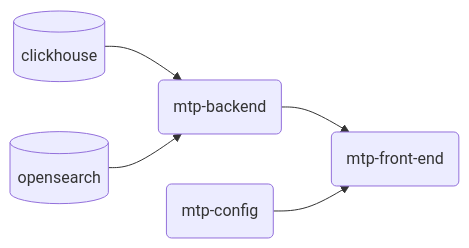
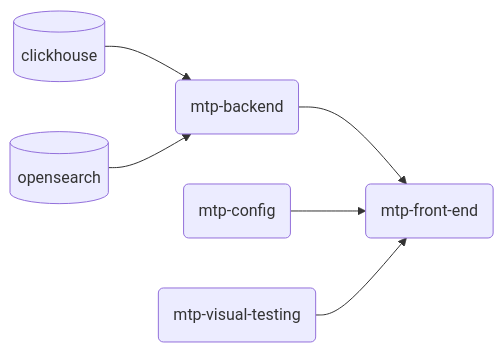
Before and after one commit to CBIIT/ccdi-mtp-starter-kit: the second of 2 diagrams in README.md, drawn with Mermaid. The commit also changed 1 other file, not shown here.

Commit message:
add data validation scripts

````diff
--- a/README.md
+++ b/README.md
@@ -74,8 +74,9 @@
 ```mermaid
   flowchart LR
        dbCH[(clickhouse)]-->bk("mtp-backend")
        dbOS[(opensearch)]-->bk("mtp-backend")
        bk("mtp-backend")-->fe("mtp-front-end")
        config("mtp-config")-->fe("mtp-front-end")
+       dv("mtp-visual-testing")-->fe("mtp-front-end")
 
 ```
````
